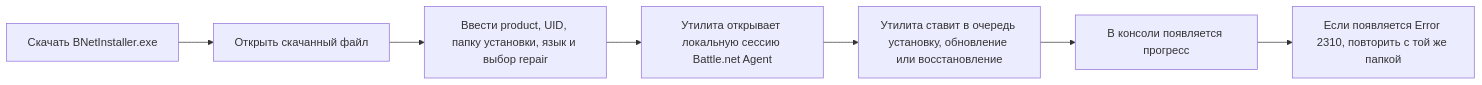
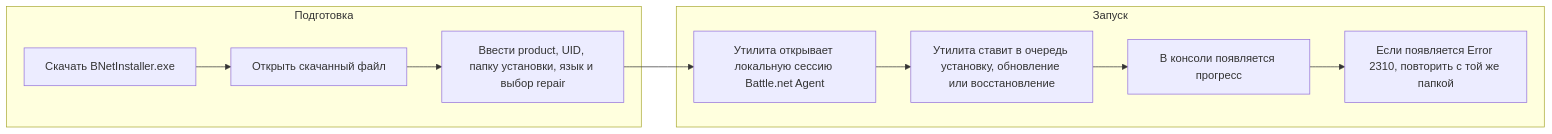
Before and after one commit to DokPlay/Battle.Net-Installer: the diagram in README.ru.md, drawn with Mermaid. The commit also changed 1 other file, not shown here.

Commit message:
Reformat README diagrams into columns

````diff
--- a/README.ru.md
+++ b/README.ru.md
@@ -52,9 +52,12 @@
 ```mermaid
 flowchart LR
-    A["Скачать BNetInstaller.exe"] --> B["Открыть скачанный файл"]
-    B --> C["Ввести product, UID, папку установки, язык и выбор repair"]
-    C --> D["Утилита открывает локальную сессию Battle.net Agent"]
-    D --> E["Утилита ставит в очередь установку, обновление или восстановление"]
-    E --> F["В консоли появляется прогресс"]
-    F --> G["Если появляется Error 2310, повторить с той же папкой"]
+    subgraph LEFT["Подготовка"]
+        A["Скачать BNetInstaller.exe"] --> B["Открыть скачанный файл"] --> C["Ввести product, UID, папку установки, язык и выбор repair"]
+    end
+
+    subgraph RIGHT["Запуск"]
+        D["Утилита открывает локальную сессию Battle.net Agent"] --> E["Утилита ставит в очередь установку, обновление или восстановление"] --> F["В консоли появляется прогресс"] --> G["Если появляется Error 2310, повторить с той же папкой"]
+    end
+
+    C --> D
 ```
````
